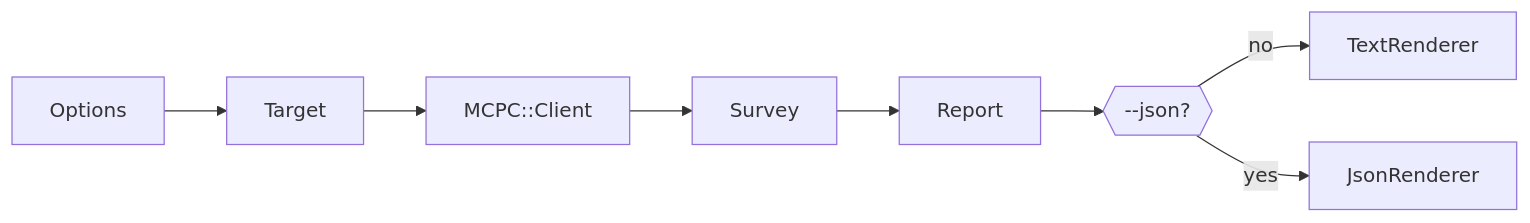
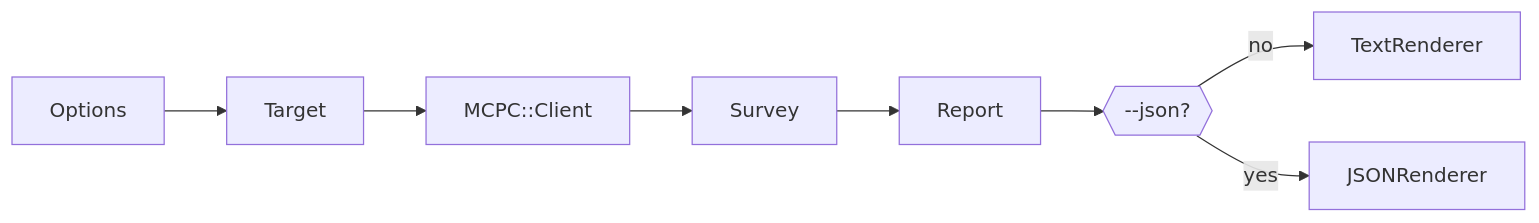
The fifth of 5 diagrams in DESIGN.md (nogginly/mcpc.cr), drawn with Mermaid before and after one commit. The commit also changed other lines of this file and 53 other files, not shown here.

````diff
--- a/DESIGN.md
+++ b/DESIGN.md
@@ -234,10 +234,10 @@
 ```mermaid
 flowchart LR
     A[Options] --> T[Target]
     T --> C[MCPC::Client]
     C --> S[Survey]
     S --> R[Report]
     R --> X{{--json?}}
     X -- no --> TR[TextRenderer]
-    X -- yes --> JR[JsonRenderer]
+    X -- yes --> JR[JSONRenderer]
 ```
````
